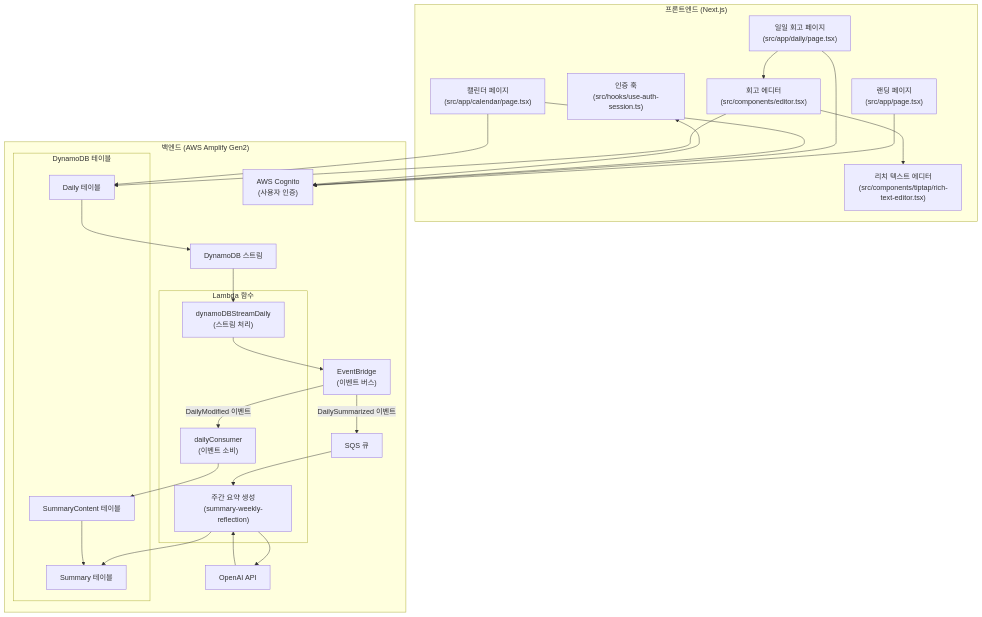
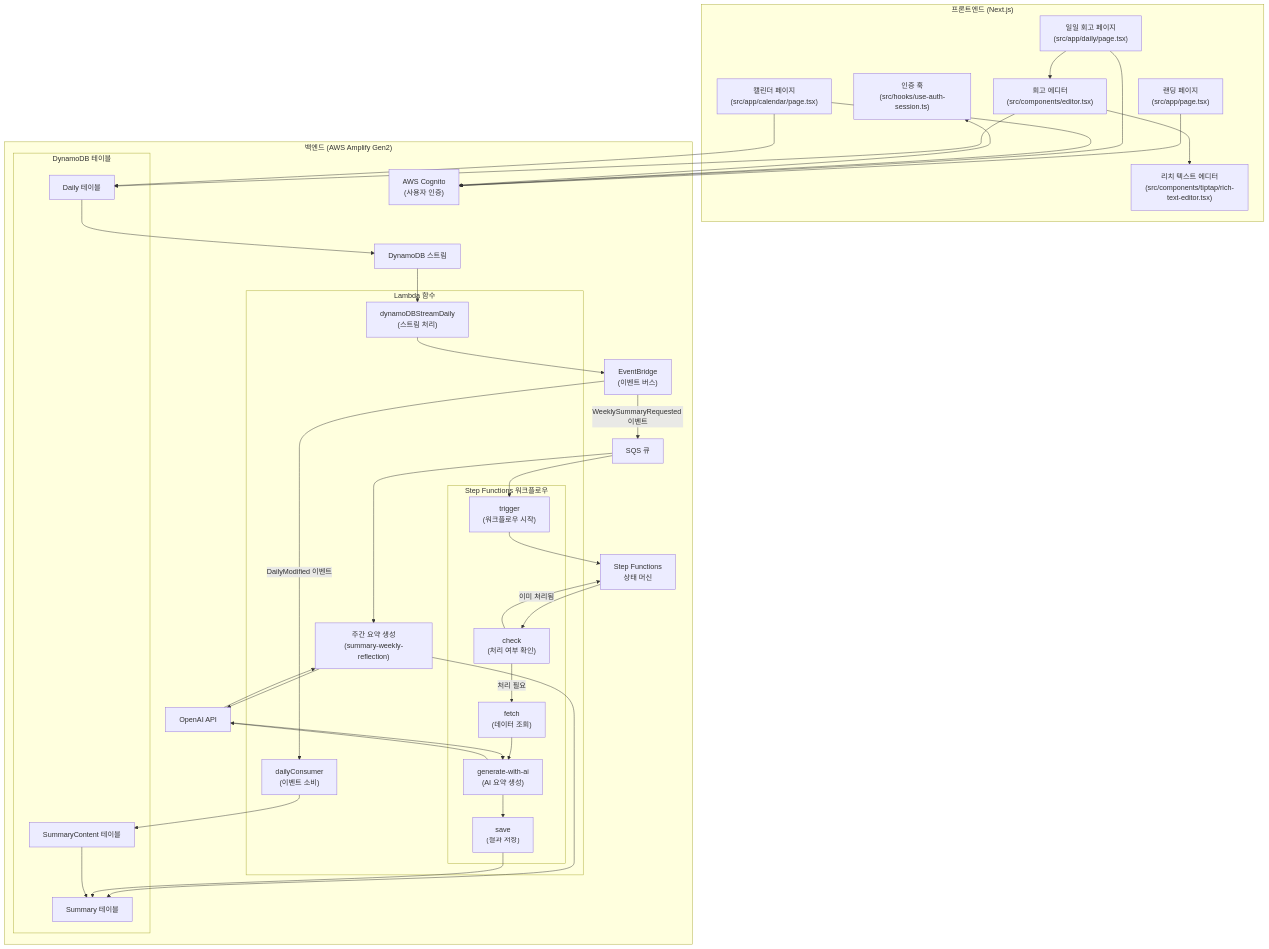
Before and after one commit to boy672820/daylog-webapp: the diagram in memory-bank/progress.md, drawn with Mermaid. The commit also changed other lines of this file and 18 other files, not shown here.

Commit message:
✨ 주간 회고 기능 리팩토링 및 Step Functions 통합, 관련 코드 수정

````diff
--- a/memory-bank/progress.md
+++ b/memory-bank/progress.md
@@ -53,15 +54,23 @@
         end
         
         DynamoDBStream["DynamoDB 스트림"]
-        
         subgraph Lambda["Lambda 함수"]
             StreamLambda["dynamoDBStreamDaily\n(스트림 처리)"]
             ConsumerLambda["dailyConsumer\n(이벤트 소비)"]
             SummaryLambda["주간 요약 생성\n(summary-weekly-reflection)"]
+            
+            subgraph StepFunctions["Step Functions 워크플로우"]
+                TriggerLambda["trigger\n(워크플로우 시작)"]
+                CheckLambda["check\n(처리 여부 확인)"]
+                FetchLambda["fetch\n(데이터 조회)"]
+                GenerateLambda["generate-with-ai\n(AI 요약 생성)"]
+                SaveLambda["save\n(결과 저장)"]
+            end
         end
         
         EventBridge["EventBridge\n(이벤트 버스)"]
         SQS["SQS 큐"]
+        StepFunctionsSM["Step Functions\n상태 머신"]
         
         OpenAI["OpenAI API"]
     end
@@ -86,11 +95,25 @@
     EventBridge -->|"DailyModified 이벤트"| ConsumerLambda
     ConsumerLambda --> SummaryContentTable
     
-    EventBridge -->|"DailySummarized 이벤트"| SQS
+    EventBridge -->|"WeeklySummaryRequested 이벤트"| SQS
+    
+    %% 기존 Lambda 흐름
     SQS --> SummaryLambda
     SummaryLambda --> OpenAI
     OpenAI --> SummaryLambda
     SummaryLambda --> SummaryTable
     
+    %% Step Functions 워크플로우 흐름
+    SQS --> TriggerLambda
+    TriggerLambda --> StepFunctionsSM
+    StepFunctionsSM --> CheckLambda
+    CheckLambda -->|"이미 처리됨"| StepFunctionsSM
+    CheckLambda -->|"처리 필요"| FetchLambda
+    FetchLambda --> GenerateLambda
+    GenerateLambda --> OpenAI
+    OpenAI --> GenerateLambda
+    GenerateLambda --> SaveLambda
+    SaveLambda --> SummaryTable
+    
     SummaryContentTable --> SummaryTable
 ```
````
